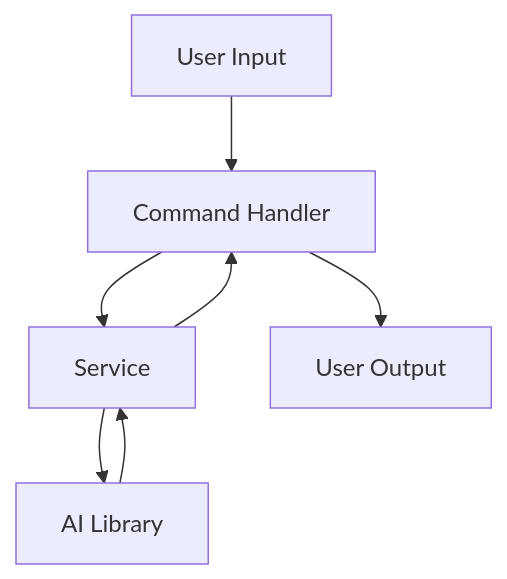
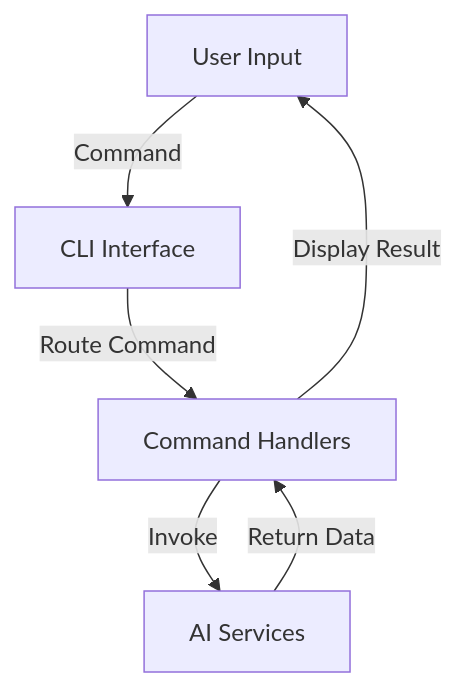
One commit to geogoesbeepboop/refiner changed the first of 3 diagrams in docs/architecture.md. Above: the diagram before and after it, drawn with Mermaid. The commit also changed other lines of this file and 6 other files, not shown here.

````diff
--- a/docs/architecture.md
+++ b/docs/architecture.md
@@ -38,9 +37,8 @@
 ```mermaid
 graph TD;
-    A[User Input] --> B[Command Handler];
-    B --> C[Service];
-    C --> D[AI Library];
-    D --> C;
-    C --> B;
-    B --> E[User Output];
+    A[User Input] -->|Command| B[CLI Interface]
+    B -->|Route Command| C[Command Handlers]
+    C -->|Invoke| D[AI Services]
+    D -->|Return Data| C
+    C -->|Display Result| A
 ```
````
